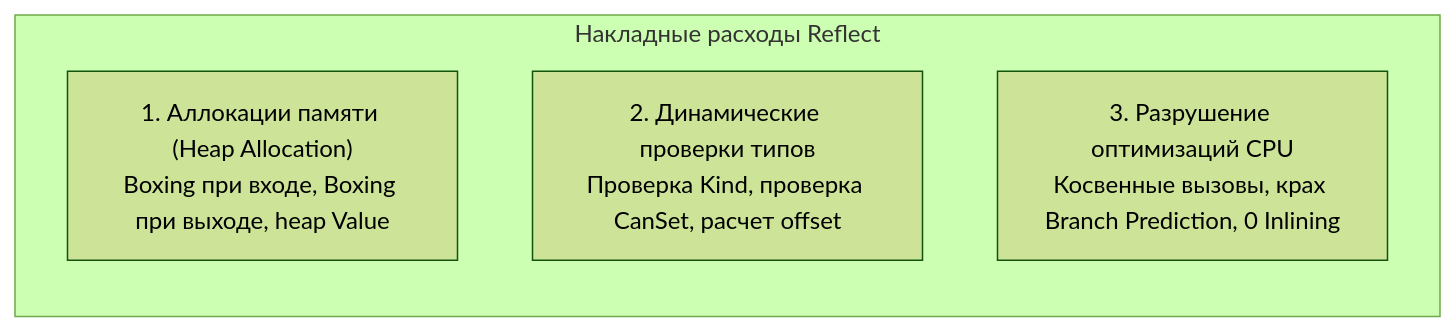
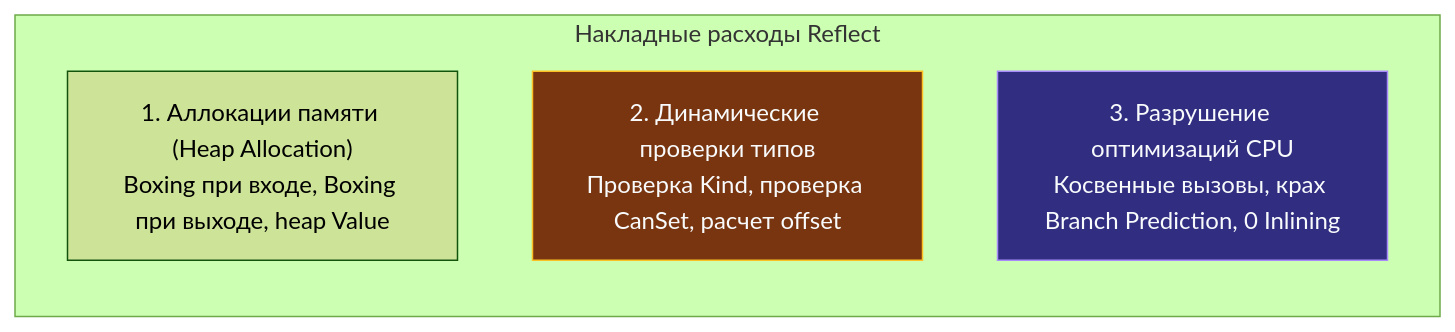
Before and after one commit to UnrealTemplier/go-textbook: the second of 3 diagrams in sources/7. Глубокий Go (Внутреннее устройство)/37. Reflect под капотом.md, drawn with Mermaid (forest theme). The commit also changed other lines of this file and 1666 other files, not shown here.

First line of the commit message:
feat(mermaid): add semantic color classDef to 1369 colorless flowchart/graph diagrams

````diff
--- a/sources/7. Глубокий Go (Внутреннее устройство)/37. Reflect под капотом.md
+++ b/sources/7. Глубокий Go (Внутреннее устройство)/37. Reflect под капотом.md
@@ -76,9 +86,19 @@
 ```mermaid
 flowchart LR
+    classDef process  fill:#1e293b,stroke:#38bdf8,stroke-width:1px,color:#f8fafc
+    classDef success  fill:#064e3b,stroke:#34d399,stroke-width:1px,color:#f8fafc
+    classDef error    fill:#7f1d1d,stroke:#f87171,stroke-width:1px,color:#f8fafc
+    classDef warning  fill:#78350f,stroke:#fbbf24,stroke-width:1px,color:#f8fafc
+    classDef entry    fill:#1e3a5f,stroke:#38bdf8,stroke-width:2px,color:#f8fafc
+    classDef aux      fill:#334155,stroke:#64748b,stroke-width:1px,color:#f8fafc
+    classDef system   fill:#312e81,stroke:#a78bfa,stroke-width:1px,color:#f8fafc
+    classDef data     fill:#132d29,stroke:#2dd4bf,stroke-width:1px,color:#f8fafc
+    classDef network  fill:#881337,stroke:#fb7185,stroke-width:1px,color:#f8fafc
+    classDef accent   fill:#1e1b4b,stroke:#818cf8,stroke-width:1px,color:#f8fafc
     subgraph OVERHEAD ["Накладные расходы Reflect"]
         direction TB
         O1["1. Аллокации памяти (Heap Allocation)<br>Boxing при входе, Boxing при выходе, heap Value"]
-        O2["2. Динамические проверки типов<br>Проверка Kind, проверка CanSet, расчет offset"]
-        O3["3. Разрушение оптимизаций CPU<br>Косвенные вызовы, крах Branch Prediction, 0 Inlining"]
+        O2["2. Динамические проверки типов<br>Проверка Kind, проверка CanSet, расчет offset"]:::warning
+        O3["3. Разрушение оптимизаций CPU<br>Косвенные вызовы, крах Branch Prediction, 0 Inlining"]:::system
     end
 ```
````
